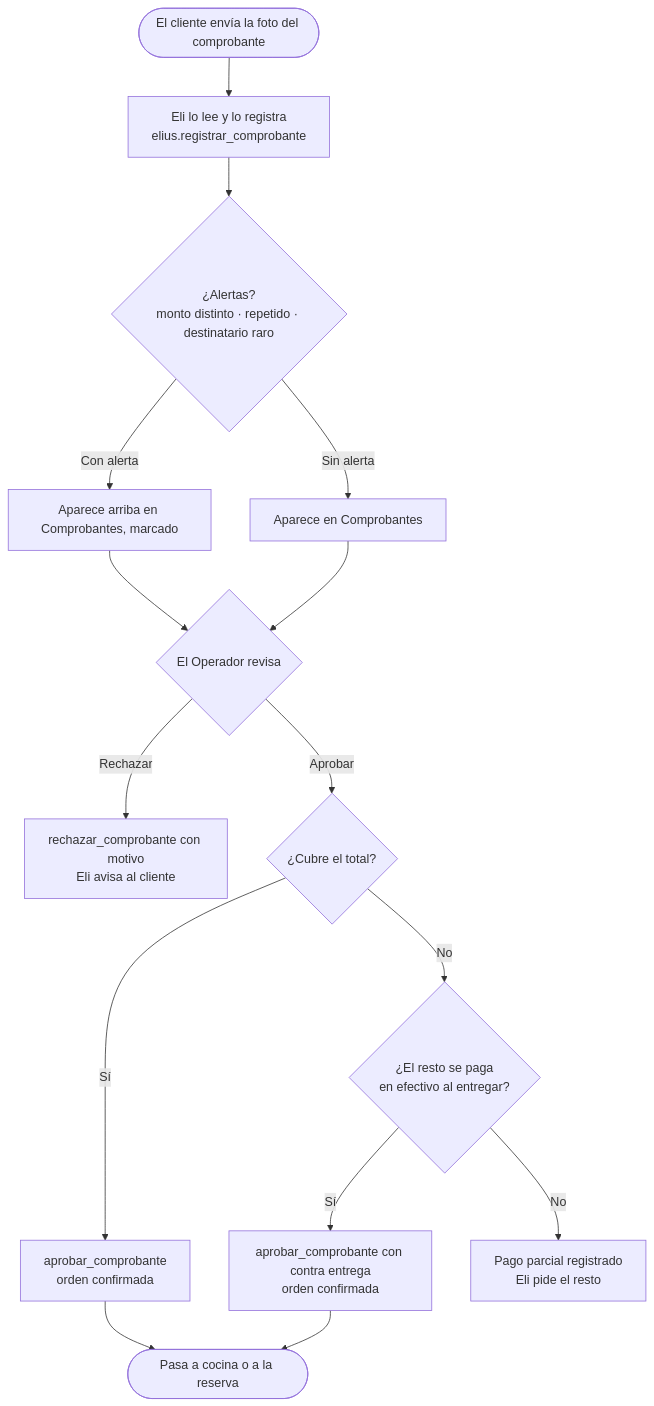
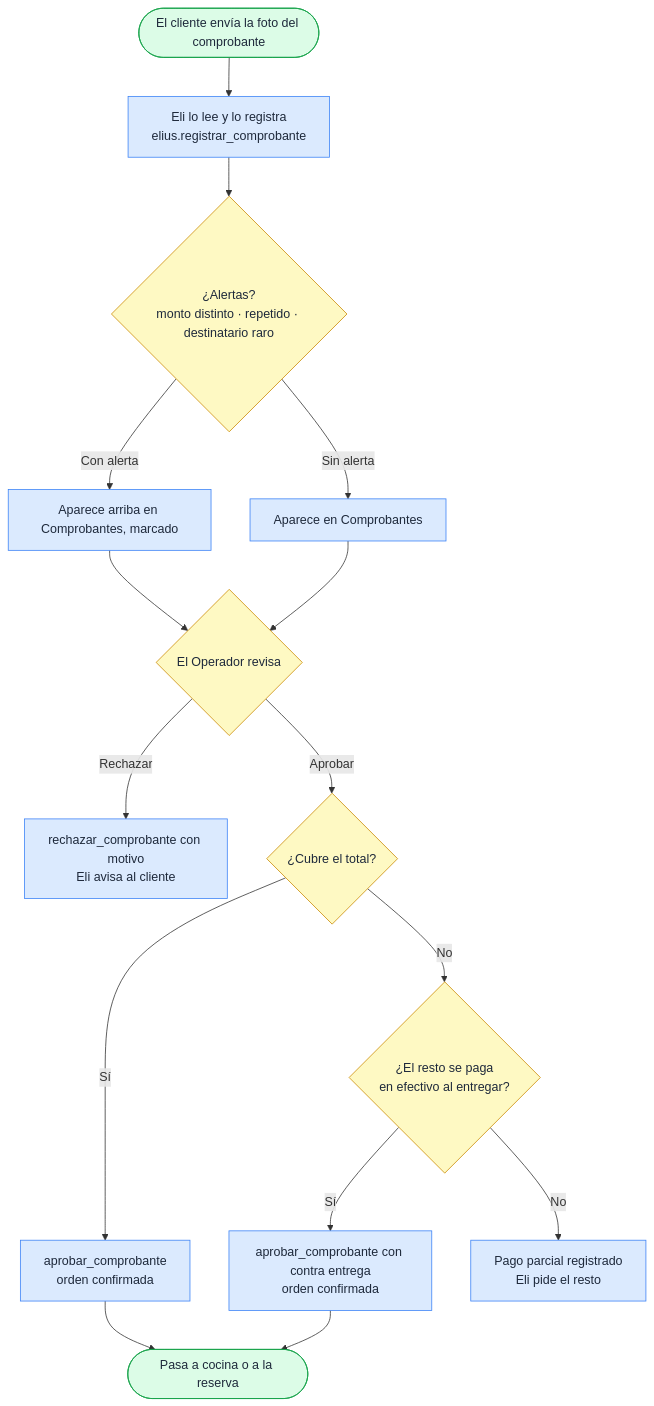
Before and after one commit to svzapatac/Elius: the second of 4 diagrams in docs/03_flujos_usuario/03_panel_operador.md, drawn with Mermaid. The commit also changed other lines of this file and 46 other files, not shown here.

````diff
--- a/docs/03_flujos_usuario/03_panel_operador.md
+++ b/docs/03_flujos_usuario/03_panel_operador.md
@@ -21,17 +26,22 @@
 ```mermaid
 flowchart TD
   A([El cliente envía la foto del comprobante]) --> B[Eli lo lee y lo registra<br/>elius.registrar_comprobante]
   B --> C{¿Alertas?<br/>monto distinto · repetido · destinatario raro}
   C -- Con alerta --> D[Aparece arriba en Comprobantes, marcado]
   C -- Sin alerta --> E[Aparece en Comprobantes]
   D --> F{El Operador revisa}
   E --> F
   F -- Rechazar --> G[rechazar_comprobante con motivo<br/>Eli avisa al cliente]
   F -- Aprobar --> H{¿Cubre el total?}
   H -- Sí --> I[aprobar_comprobante<br/>orden confirmada]
   H -- No --> J{¿El resto se paga<br/>en efectivo al entregar?}
   J -- Sí --> K[aprobar_comprobante con contra entrega<br/>orden confirmada]
   J -- No --> L[Pago parcial registrado<br/>Eli pide el resto]
   I --> M([Pasa a cocina o a la reserva])
   K --> M
+  classDef default fill:#dbeafe,stroke:#3b82f6,color:#1e293b
+  classDef dec fill:#fef9c3,stroke:#ca8a04,color:#1e293b
+  classDef ok fill:#dcfce7,stroke:#16a34a,color:#1e293b
+  class C,F,H,J dec
+  class A,M ok
 ```
````
